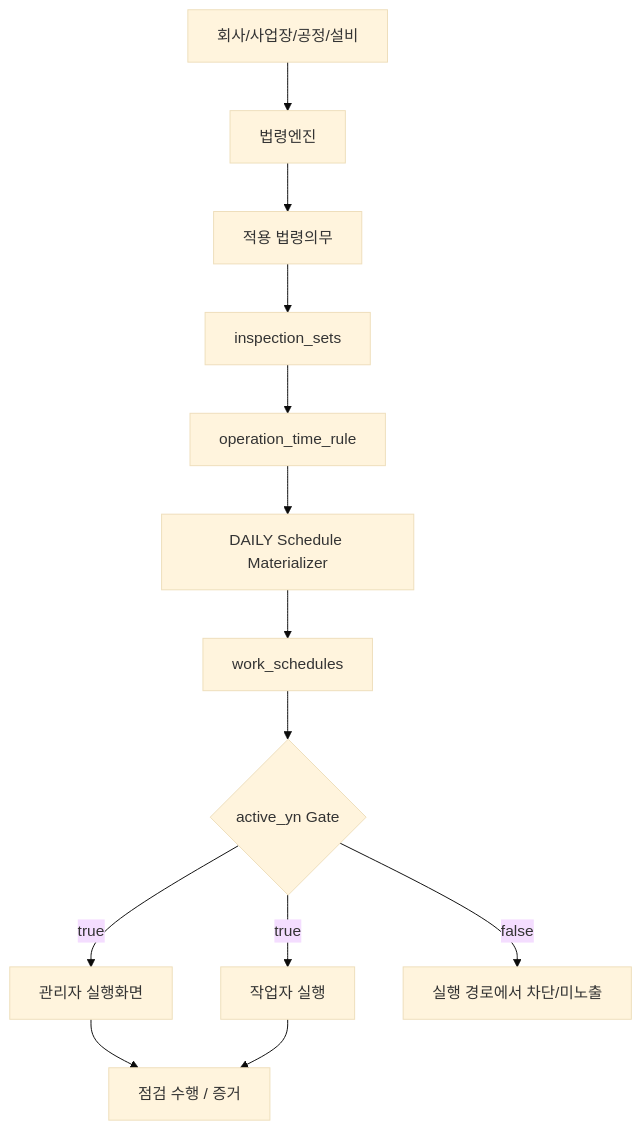
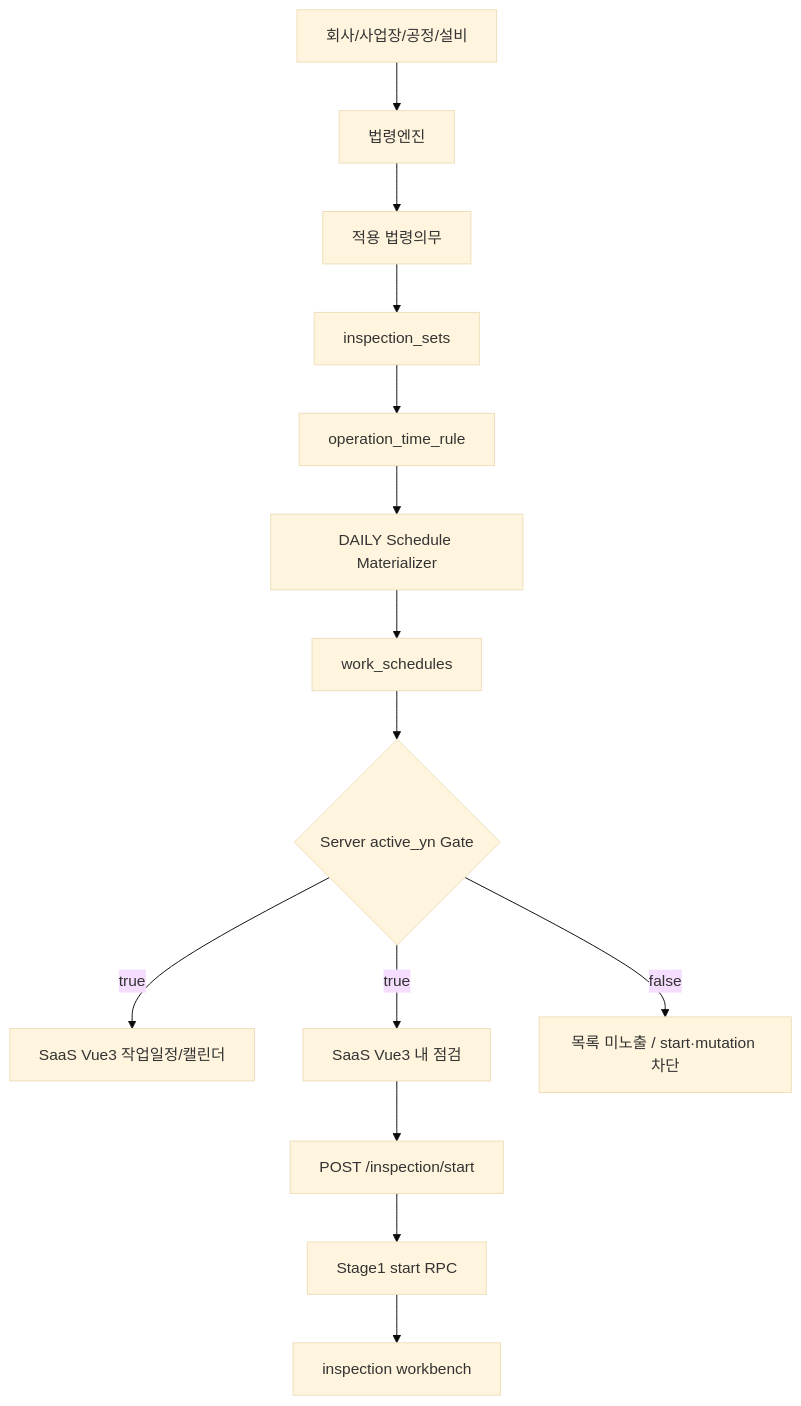
Before and after one commit to taiengineering/tai-api: the diagram in docs/2026-09-13_safe_daily_materialization_work_completion.md, drawn with Mermaid (base theme). The commit also changed other lines of this file, not shown here.

Commit message:
docs: merge SaaS frontend alignment into materialization completion (#336)

````diff
--- a/docs/2026-09-13_safe_daily_materialization_work_completion.md
+++ b/docs/2026-09-13_safe_daily_materialization_work_completion.md
@@ -68,15 +90,16 @@
 ```mermaid
 flowchart TD
   A[회사/사업장/공정/설비] --> B[법령엔진]
   B --> C[적용 법령의무]
   C --> D[inspection_sets]
   D --> E[operation_time_rule]
   E --> F[DAILY Schedule Materializer]
   F --> G[work_schedules]
-  G --> H{active_yn Gate}
-  H -->|true| I[관리자 실행화면]
-  H -->|true| J[작업자 실행]
-  H -->|false| K[실행 경로에서 차단/미노출]
-  I --> L[점검 수행 / 증거]
-  J --> L
+  G --> H{Server active_yn Gate}
+  H -->|true| I[SaaS Vue3 작업일정/캘린더]
+  H -->|true| J[SaaS Vue3 내 점검]
+  H -->|false| K[목록 미노출 / start·mutation 차단]
+  J --> L[POST /inspection/start]
+  L --> M[Stage1 start RPC]
+  M --> N[inspection workbench]
 ```
````
